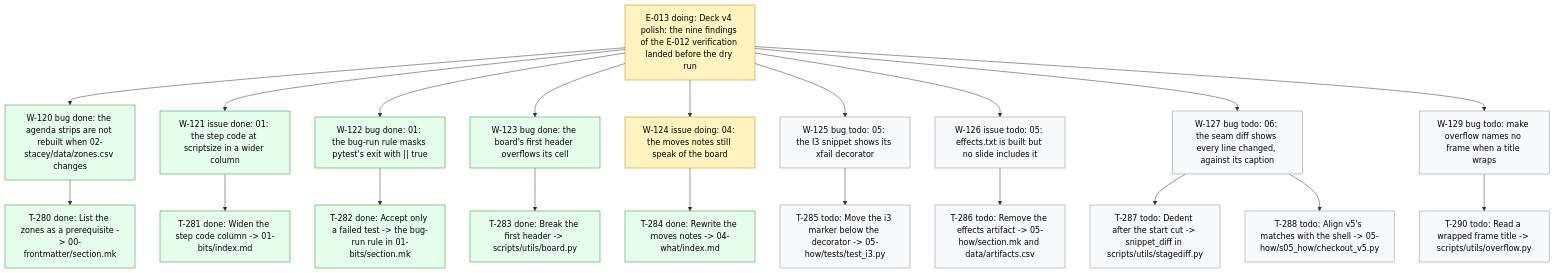
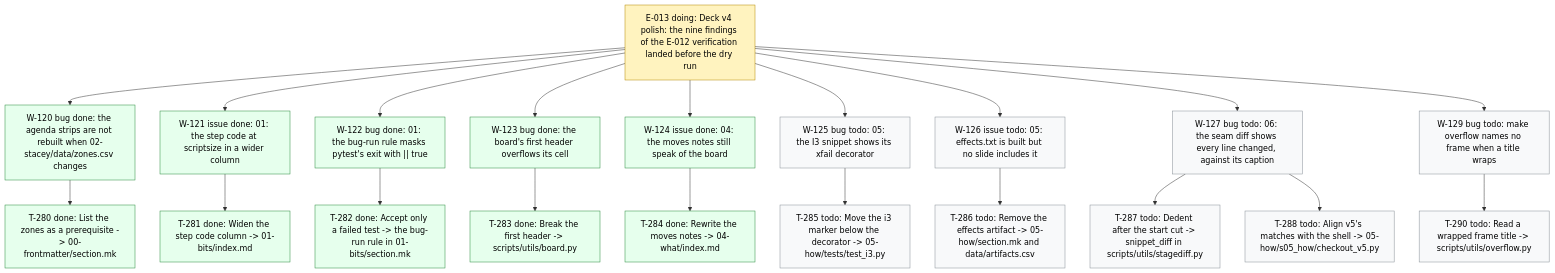
Before and after one commit to dpopchev/chaos-to-simple: the diagram in .board/BOARD.md, drawn with Mermaid. The commit also changed other lines of this file and 1 other file, not shown here.

Commit message:
chore(board): close W-124 -- landed
Refs: W-124

````diff
--- a/.board/BOARD.md
+++ b/.board/BOARD.md
@@ -729,31 +729,31 @@
 ```mermaid
 flowchart TD
   E013["E-013 doing: Deck v4 polish: the nine findings of the E-012 verification landed before the dry run"]
   E013 --> W120["W-120 bug done: the agenda strips are not rebuilt when 02-stacey/data/zones.csv changes"]
   W120 --> T280["T-280 done: List the zones as a prerequisite -> 00-frontmatter/section.mk"]
   E013 --> W121["W-121 issue done: 01: the step code at scriptsize in a wider column"]
   W121 --> T281["T-281 done: Widen the step code column -> 01-bits/index.md"]
   E013 --> W122["W-122 bug done: 01: the bug-run rule masks pytest's exit with || true"]
   W122 --> T282["T-282 done: Accept only a failed test -> the bug-run rule in 01-bits/section.mk"]
   E013 --> W123["W-123 bug done: the board's first header overflows its cell"]
   W123 --> T283["T-283 done: Break the first header -> scripts/utils/board.py"]
-  E013 --> W124["W-124 issue doing: 04: the moves notes still speak of the board"]
+  E013 --> W124["W-124 issue done: 04: the moves notes still speak of the board"]
   W124 --> T284["T-284 done: Rewrite the moves notes -> 04-what/index.md"]
   E013 --> W125["W-125 bug todo: 05: the I3 snippet shows its xfail decorator"]
   W125 --> T285["T-285 todo: Move the i3 marker below the decorator -> 05-how/tests/test_i3.py"]
   E013 --> W126["W-126 issue todo: 05: effects.txt is built but no slide includes it"]
   W126 --> T286["T-286 todo: Remove the effects artifact -> 05-how/section.mk and data/artifacts.csv"]
   E013 --> W127["W-127 bug todo: 06: the seam diff shows every line changed, against its caption"]
   W127 --> T287["T-287 todo: Dedent after the start cut -> snippet_diff in scripts/utils/stagediff.py"]
   W127 --> T288["T-288 todo: Align v5's matches with the shell -> 05-how/s05_how/checkout_v5.py"]
   E013 --> W129["W-129 bug todo: make overflow names no frame when a title wraps"]
   W129 --> T290["T-290 todo: Read a wrapped frame title -> scripts/utils/overflow.py"]
   classDef doing fill:#fff3bf,stroke:#b58900,color:#000;
   classDef blocked fill:#ffe3e3,stroke:#c92a2a,color:#000;
   classDef done fill:#e6ffed,stroke:#2b8a3e,color:#000;
   classDef todo fill:#f8f9fa,stroke:#868e96,color:#000;
   classDef pruned fill:#f1f3f5,stroke:#adb5bd,color:#000;
-  class E013,W124 doing
-  class W120,T280,W121,T281,W122,T282,W123,T283,T284 done
+  class E013 doing
+  class W120,T280,W121,T281,W122,T282,W123,T283,W124,T284 done
   class W125,T285,W126,T286,W127,T287,T288,W129,T290 todo
 ```
````
